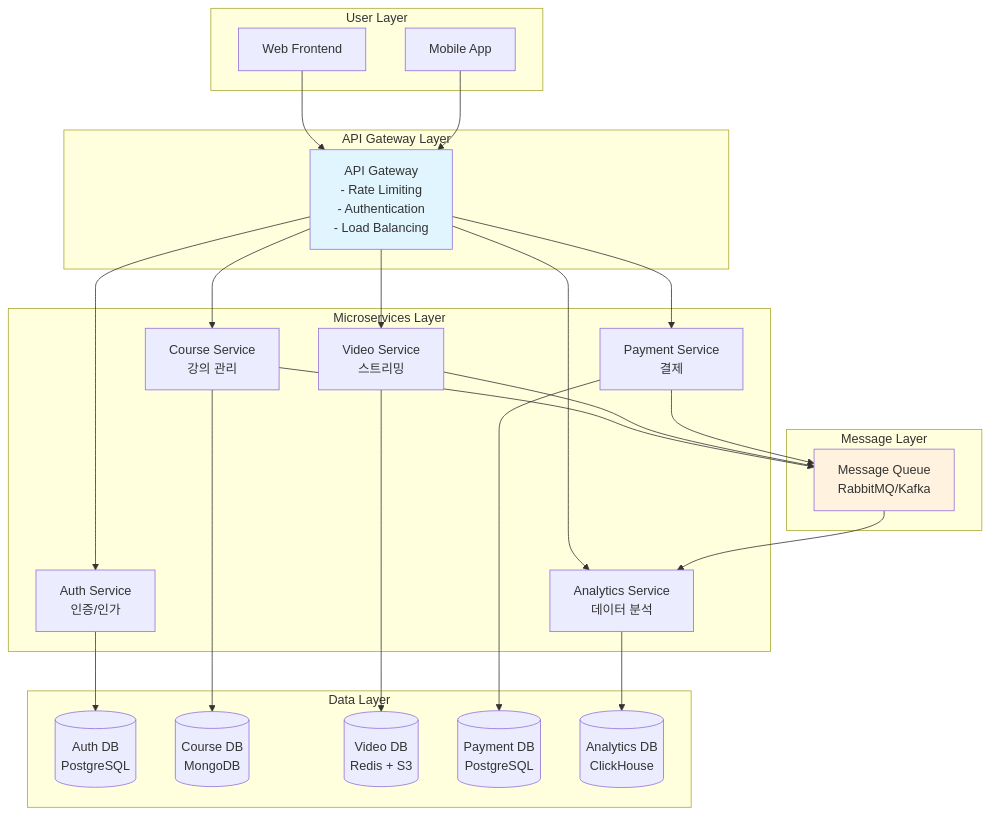
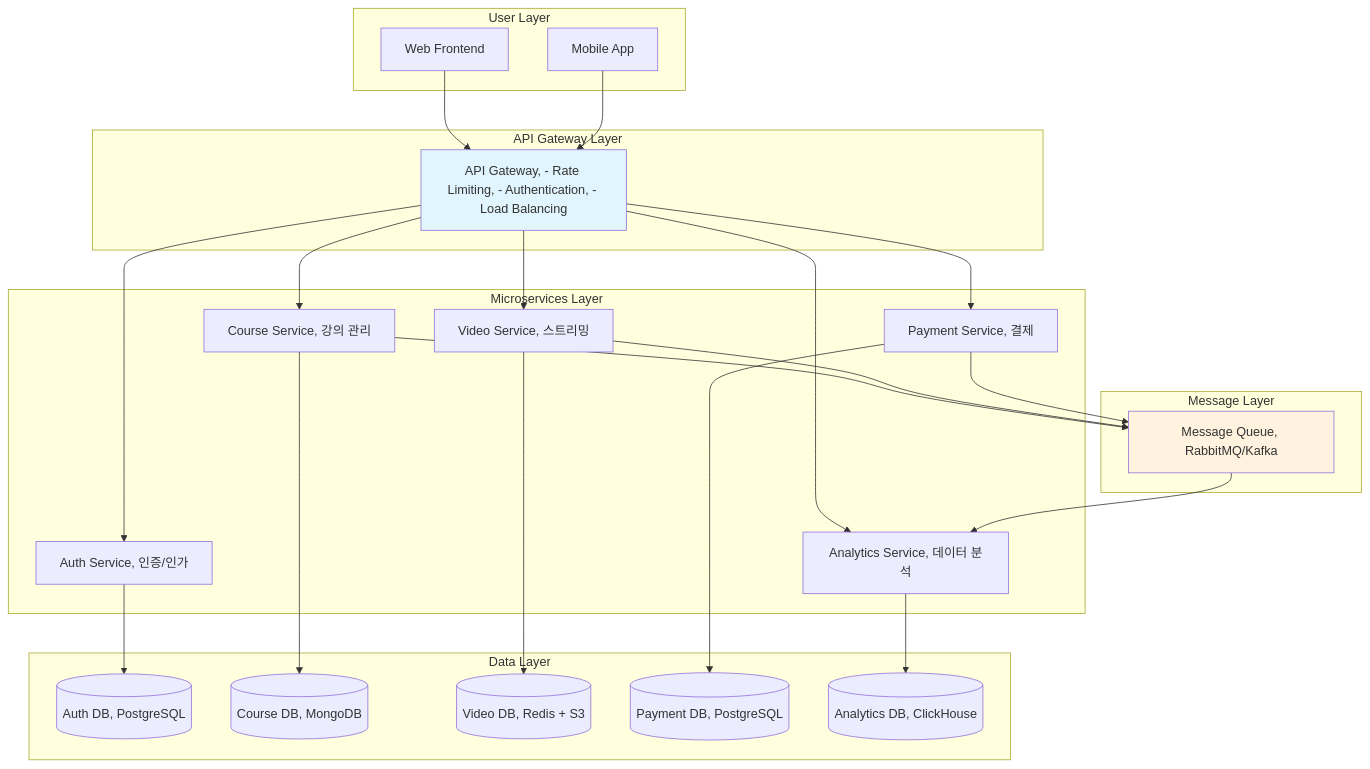
Before and after one commit to choru-k/choru-wiki: the first of 5 diagrams in docs/cs/guide/chapter-16-system-design-patterns/index.md, drawn with Mermaid. The commit also changed other lines of this file and 26 other files, not shown here.

````diff
--- a/docs/cs/guide/chapter-16-system-design-patterns/index.md
+++ b/docs/cs/guide/chapter-16-system-design-patterns/index.md
@@ -78,54 +78,54 @@
 ```mermaid
 graph TD
     subgraph "User Layer"
         Web[Web Frontend]
         Mobile[Mobile App]
     end
     
     subgraph "API Gateway Layer"
-        Gateway[API Gateway<br/>- Rate Limiting<br/>- Authentication<br/>- Load Balancing]
+        Gateway[API Gateway, - Rate Limiting, - Authentication, - Load Balancing]
     end
     
     subgraph "Microservices Layer"
-        Auth[Auth Service<br/>인증/인가]
-        Course[Course Service<br/>강의 관리]
-        Video[Video Service<br/>스트리밍]
-        Payment[Payment Service<br/>결제]
-        Analytics[Analytics Service<br/>데이터 분석]
+        Auth[Auth Service, 인증/인가]
+        Course[Course Service, 강의 관리]
+        Video[Video Service, 스트리밍]
+        Payment[Payment Service, 결제]
+        Analytics[Analytics Service, 데이터 분석]
     end
     
     subgraph "Data Layer"
-        AuthDB[(Auth DB<br/>PostgreSQL)]
-        CourseDB[(Course DB<br/>MongoDB)]
-        VideoDB[(Video DB<br/>Redis + S3)]
-        PaymentDB[(Payment DB<br/>PostgreSQL)]
-        AnalyticsDB[(Analytics DB<br/>ClickHouse)]
+        AuthDB[(Auth DB, PostgreSQL)]
+        CourseDB[(Course DB, MongoDB)]
+        VideoDB[(Video DB, Redis + S3)]
+        PaymentDB[(Payment DB, PostgreSQL)]
+        AnalyticsDB[(Analytics DB, ClickHouse)]
     end
     
     subgraph "Message Layer"
-        Queue[Message Queue<br/>RabbitMQ/Kafka]
+        Queue[Message Queue, RabbitMQ/Kafka]
     end
     
     Web --> Gateway
     Mobile --> Gateway
     
     Gateway --> Auth
     Gateway --> Course
     Gateway --> Video
     Gateway --> Payment
     Gateway --> Analytics
     
     Auth --> AuthDB
     Course --> CourseDB
     Video --> VideoDB
     Payment --> PaymentDB
     Analytics --> AnalyticsDB
     
     Course --> Queue
     Video --> Queue
     Payment --> Queue
     Queue --> Analytics
     
     style Gateway fill:#e1f5fe
     style Queue fill:#fff3e0
 ```
````
